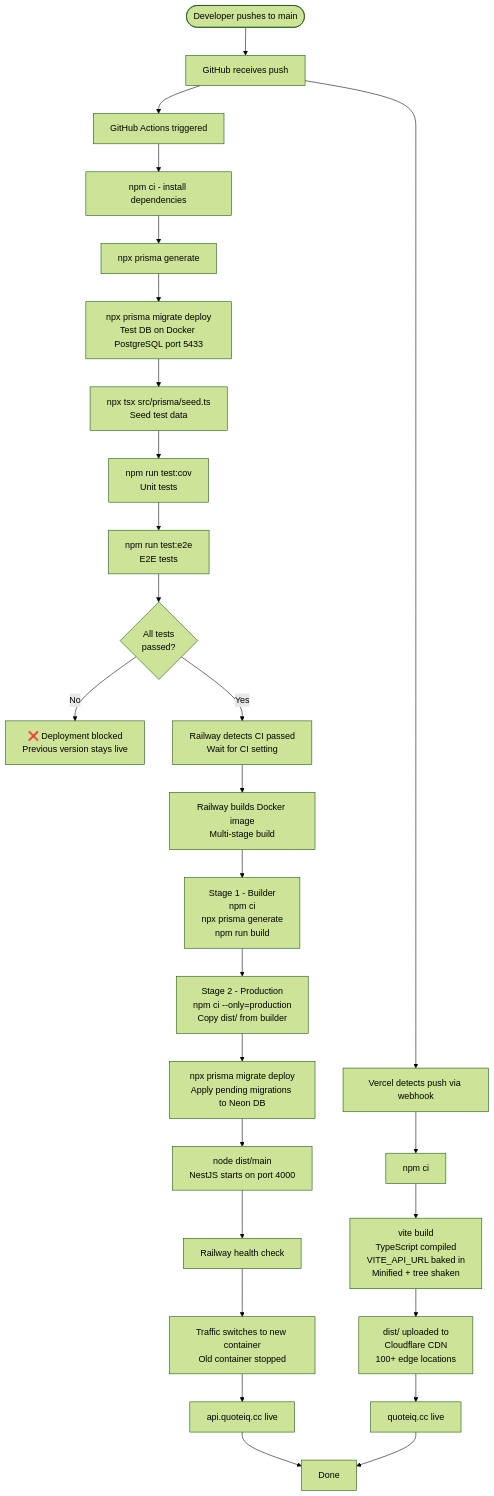
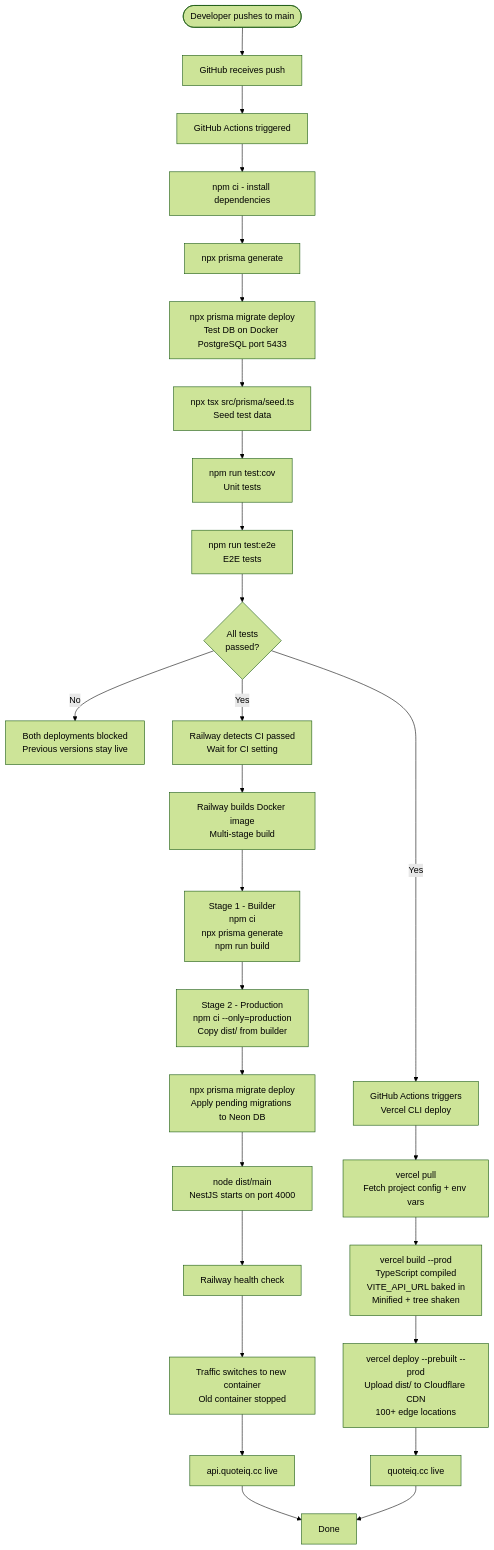
Before and after one commit to Eunice-Amirtharajan/quote-iq: the diagram in docs/cicd-flow.md, drawn with Mermaid (forest theme). The commit also changed 3 other files, not shown here.

Commit message:
fix Mermaid line breaks and CICD flow diagram update

````diff
--- a/docs/cicd-flow.md
+++ b/docs/cicd-flow.md
@@ -3,36 +3,37 @@
 ```mermaid
 flowchart TD
     Dev([Developer pushes to main])
     Dev --> GH[GitHub receives push]
 
     GH --> GHA[GitHub Actions triggered]
     GHA --> Install[npm ci - install dependencies]
     Install --> PrismaGen[npx prisma generate]
-    PrismaGen --> Migrate[npx prisma migrate deploy\nTest DB on Docker PostgreSQL port 5433]
-    Migrate --> Seed[npx tsx src/prisma/seed.ts\nSeed test data]
-    Seed --> Unit[npm run test:cov\nUnit tests]
-    Unit --> E2E[npm run test:e2e\nE2E tests]
+    PrismaGen --> Migrate[npx prisma migrate deploy<br/>Test DB on Docker PostgreSQL port 5433]
+    Migrate --> Seed[npx tsx src/prisma/seed.ts<br/>Seed test data]
+    Seed --> Unit[npm run test:cov<br/>Unit tests]
+    Unit --> E2E[npm run test:e2e<br/>E2E tests]
 
-    E2E --> CIPass{All tests\npassed?}
+    E2E --> CIPass{All tests<br/>passed?}
 
-    CIPass -->|No| Block[❌ Deployment blocked\nPrevious version stays live]
-    CIPass -->|Yes| RailwayTrigger[Railway detects CI passed\nWait for CI setting]
+    CIPass -->|No| Block[Both deployments blocked<br/>Previous versions stay live]
 
-    RailwayTrigger --> DockerBuild[Railway builds Docker image\nMulti-stage build]
-    DockerBuild --> Stage1[Stage 1 - Builder\nnpm ci\nnpx prisma generate\nnpm run build]
-    Stage1 --> Stage2[Stage 2 - Production\nnpm ci --only=production\nCopy dist/ from builder]
-    Stage2 --> MigrateProd[npx prisma migrate deploy\nApply pending migrations to Neon DB]
-    MigrateProd --> Start[node dist/main\nNestJS starts on port 4000]
+    CIPass -->|Yes| RailwayTrigger[Railway detects CI passed<br/>Wait for CI setting]
+    CIPass -->|Yes| VercelTrigger[GitHub Actions triggers<br/>Vercel CLI deploy]
+
+    RailwayTrigger --> DockerBuild[Railway builds Docker image<br/>Multi-stage build]
+    DockerBuild --> Stage1[Stage 1 - Builder<br/>npm ci<br/>npx prisma generate<br/>npm run build]
+    Stage1 --> Stage2[Stage 2 - Production<br/>npm ci --only=production<br/>Copy dist/ from builder]
+    Stage2 --> MigrateProd[npx prisma migrate deploy<br/>Apply pending migrations to Neon DB]
+    MigrateProd --> Start[node dist/main<br/>NestJS starts on port 4000]
     Start --> Health[Railway health check]
-    Health --> Switch[Traffic switches to new container\nOld container stopped]
+    Health --> Switch[Traffic switches to new container<br/>Old container stopped]
     Switch --> BackendLive[api.quoteiq.cc live]
 
-    GH --> Vercel[Vercel detects push via webhook]
-    Vercel --> VInstall[npm ci]
-    VInstall --> VBuild[vite build\nTypeScript compiled\nVITE_API_URL baked in\nMinified + tree shaken]
-    VBuild --> CDN[dist/ uploaded to\nCloudflare CDN\n100+ edge locations]
-    CDN --> FrontendLive[quoteiq.cc live]
+    VercelTrigger --> VPull[vercel pull<br/>Fetch project config + env vars]
+    VPull --> VBuild[vercel build --prod<br/>TypeScript compiled<br/>VITE_API_URL baked in<br/>Minified + tree shaken]
+    VBuild --> VDeploy[vercel deploy --prebuilt --prod<br/>Upload dist/ to Cloudflare CDN<br/>100+ edge locations]
+    VDeploy --> FrontendLive[quoteiq.cc live]
 
     BackendLive --> Done
     FrontendLive --> Done
 ```
````
